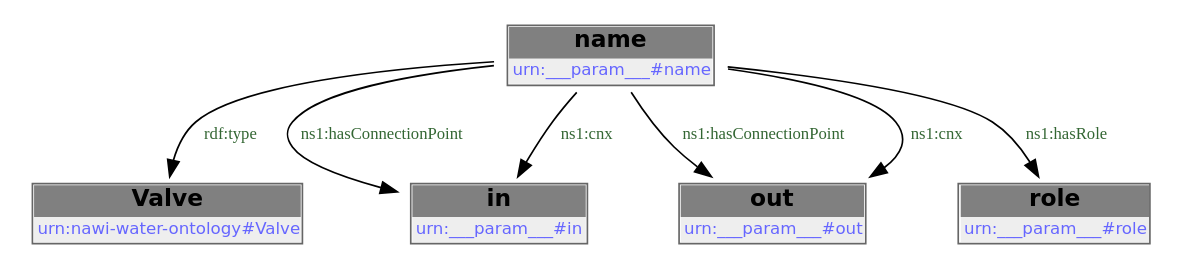
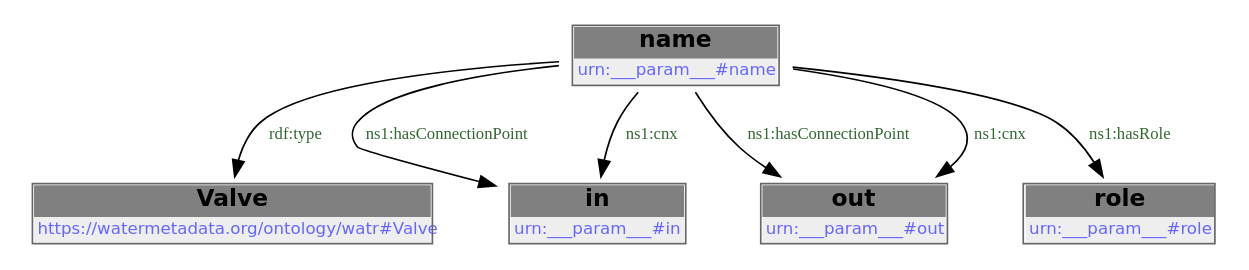
Before and after one commit to DataDrivenCPS/water-ontology: the first of 2 diagrams in docs/libraries/templates/valve.rst, drawn with Graphviz. The commit also changed other lines of this file and 43 other files, not shown here.

First line of the commit message:
feat: move ontology to https://watermetadata.org base URI

```diff
--- a/docs/libraries/templates/valve.rst
+++ b/docs/libraries/templates/valve.rst
@@ -82,16 +82,16 @@
         .. graphviz::
 
                 digraph G {
             node [fontname="DejaVu Sans"];
             node0 -> node1 [color=BLACK, label=< <font point-size='10' color='#336633'>rdf:type</font> >];
             node0 -> node2 [color=BLACK, label=< <font point-size='10' color='#336633'>ns1:hasConnectionPoint</font> >];
             node0 -> node3 [color=BLACK, label=< <font point-size='10' color='#336633'>ns1:hasConnectionPoint</font> >];
             node0 -> node4 [color=BLACK, label=< <font point-size='10' color='#336633'>ns1:hasRole</font> >];
             node0 -> node2 [color=BLACK, label=< <font point-size='10' color='#336633'>ns1:cnx</font> >];
             node0 -> node3 [color=BLACK, label=< <font point-size='10' color='#336633'>ns1:cnx</font> >];
             node0 [shape=none, color=black, label=< <table color='#666666' cellborder='0' cellspacing='0' border='1'><tr><td colspan='2' bgcolor='grey'><B>name</B></td></tr><tr><td href='urn:___param___#name' bgcolor='#eeeeee' colspan='2'><font point-size='10' color='#6666ff'>urn:___param___#name</font></td></tr></table> >];
-            node1 [shape=none, color=black, label=< <table color='#666666' cellborder='0' cellspacing='0' border='1'><tr><td colspan='2' bgcolor='grey'><B>Valve</B></td></tr><tr><td href='urn:nawi-water-ontology#Valve' bgcolor='#eeeeee' colspan='2'><font point-size='10' color='#6666ff'>urn:nawi-water-ontology#Valve</font></td></tr></table> >];
+            node1 [shape=none, color=black, label=< <table color='#666666' cellborder='0' cellspacing='0' border='1'><tr><td colspan='2' bgcolor='grey'><B>Valve</B></td></tr><tr><td href='https://watermetadata.org/ontology/watr#Valve' bgcolor='#eeeeee' colspan='2'><font point-size='10' color='#6666ff'>https://watermetadata.org/ontology/watr#Valve</font></td></tr></table> >];
             node2 [shape=none, color=black, label=< <table color='#666666' cellborder='0' cellspacing='0' border='1'><tr><td colspan='2' bgcolor='grey'><B>in</B></td></tr><tr><td href='urn:___param___#in' bgcolor='#eeeeee' colspan='2'><font point-size='10' color='#6666ff'>urn:___param___#in</font></td></tr></table> >];
             node3 [shape=none, color=black, label=< <table color='#666666' cellborder='0' cellspacing='0' border='1'><tr><td colspan='2' bgcolor='grey'><B>out</B></td></tr><tr><td href='urn:___param___#out' bgcolor='#eeeeee' colspan='2'><font point-size='10' color='#6666ff'>urn:___param___#out</font></td></tr></table> >];
             node4 [shape=none, color=black, label=< <table color='#666666' cellborder='0' cellspacing='0' border='1'><tr><td colspan='2' bgcolor='grey'><B>role</B></td></tr><tr><td href='urn:___param___#role' bgcolor='#eeeeee' colspan='2'><font point-size='10' color='#6666ff'>urn:___param___#role</font></td></tr></table> >];
             }
```
